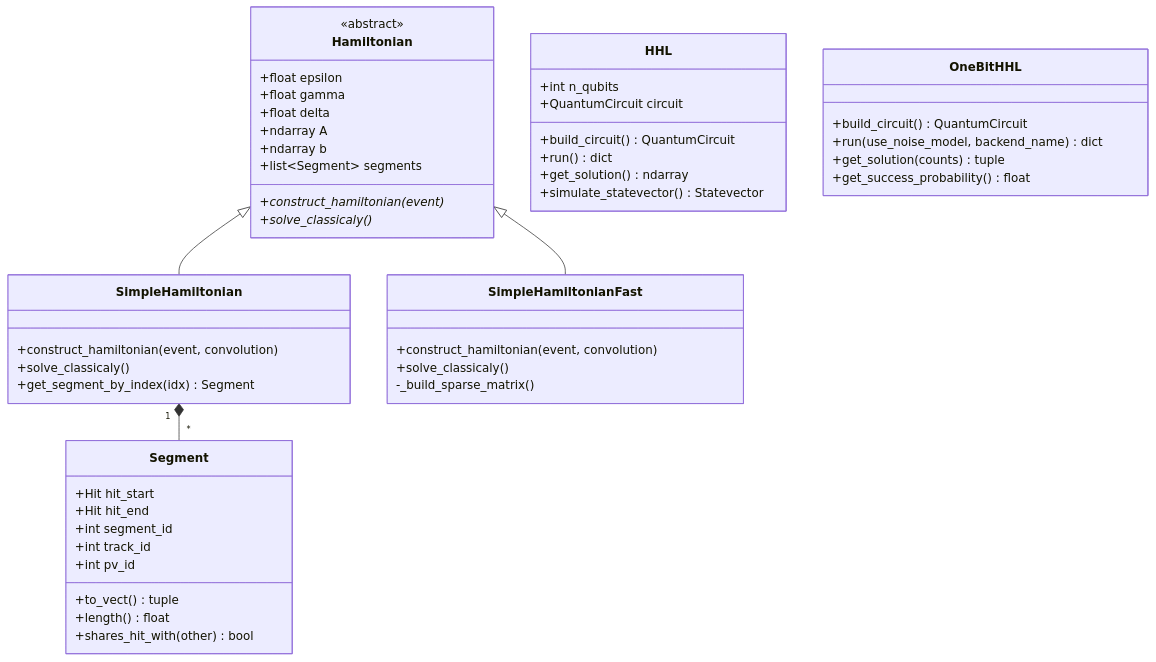
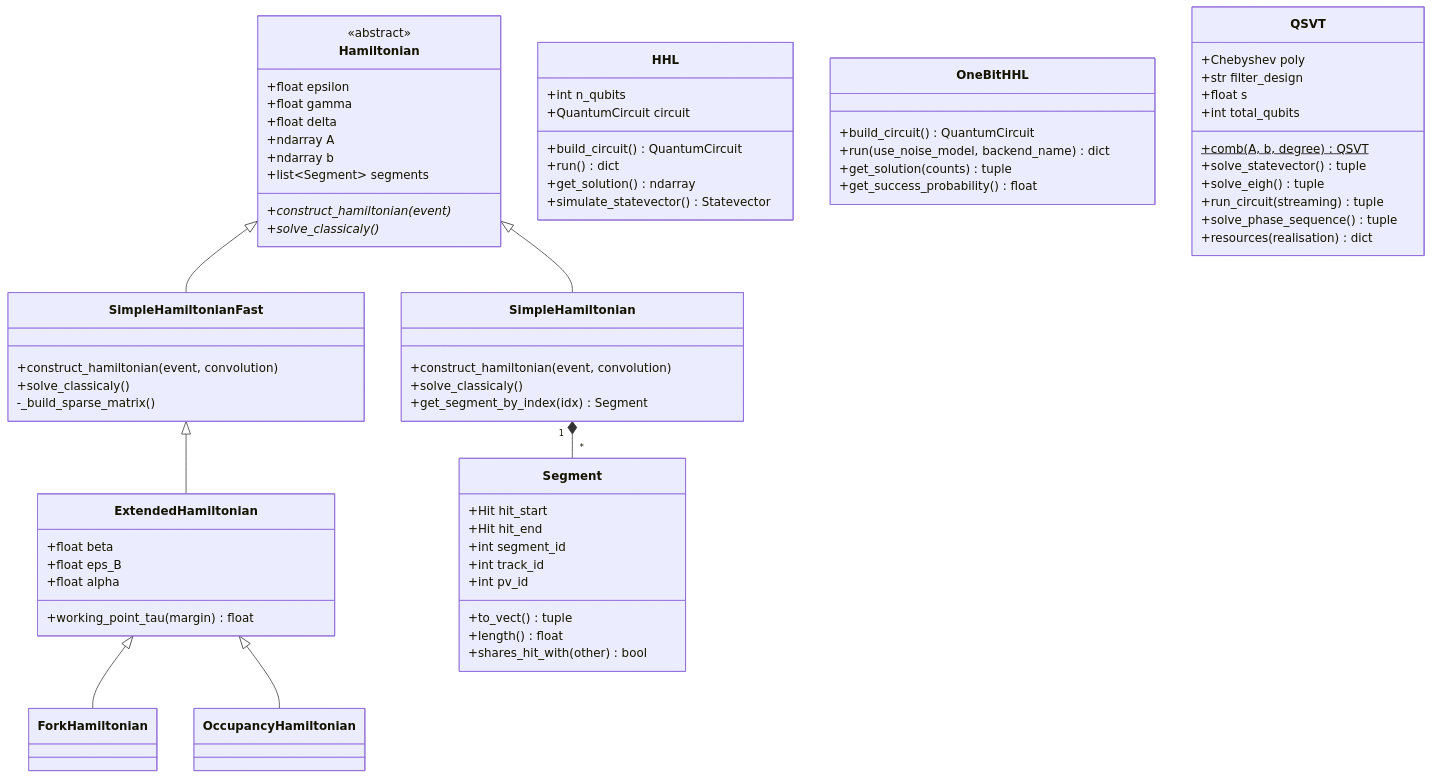
The seventh of 13 diagrams in docs/WORKFLOW_OVERVIEW.md (GeorgeWilliam1999/LHCb_VeLo_Toy_Model), drawn with Mermaid before and after one commit. The commit also changed other lines of this file and 12 other files, not shown here.

````diff
--- a/docs/WORKFLOW_OVERVIEW.md
+++ b/docs/WORKFLOW_OVERVIEW.md
@@ -616,58 +636,81 @@
 ```mermaid
 classDiagram
     class Hamiltonian {
         <<abstract>>
         +float epsilon
         +float gamma
         +float delta
         +ndarray A
         +ndarray b
         +list~Segment~ segments
         +construct_hamiltonian(event)*
         +solve_classicaly()*
     }
 
     class SimpleHamiltonian {
         +construct_hamiltonian(event, convolution)
         +solve_classicaly()
         +get_segment_by_index(idx) Segment
     }
 
     class SimpleHamiltonianFast {
         +construct_hamiltonian(event, convolution)
         +solve_classicaly()
         -_build_sparse_matrix()
     }
 
     class HHL {
         +int n_qubits
         +QuantumCircuit circuit
         +build_circuit() QuantumCircuit
         +run() dict
         +get_solution() ndarray
         +simulate_statevector() Statevector
     }
 
     class OneBitHHL {
         +build_circuit() QuantumCircuit
         +run(use_noise_model, backend_name) dict
         +get_solution(counts) tuple
         +get_success_probability() float
     }
 
+    class QSVT {
+        +Chebyshev poly
+        +str filter_design
+        +float s
+        +int total_qubits
+        +comb(A, b, degree)$ QSVT
+        +solve_statevector() tuple
+        +solve_eigh() tuple
+        +run_circuit(streaming) tuple
+        +solve_phase_sequence() tuple
+        +resources(realisation) dict
+    }
+
+    class ExtendedHamiltonian {
+        +float beta
+        +float eps_B
+        +float alpha
+        +working_point_tau(margin) float
+    }
+
     Hamiltonian <|-- SimpleHamiltonian
     Hamiltonian <|-- SimpleHamiltonianFast
+    SimpleHamiltonianFast <|-- ExtendedHamiltonian
+    ExtendedHamiltonian <|-- ForkHamiltonian
+    ExtendedHamiltonian <|-- OccupancyHamiltonian
 
     class Segment {
         +Hit hit_start
         +Hit hit_end
         +int segment_id
         +int track_id
         +int pv_id
         +to_vect() tuple
         +length() float
         +shares_hit_with(other) bool
     }
 
     SimpleHamiltonian "1" *-- "*" Segment
 ```
````
